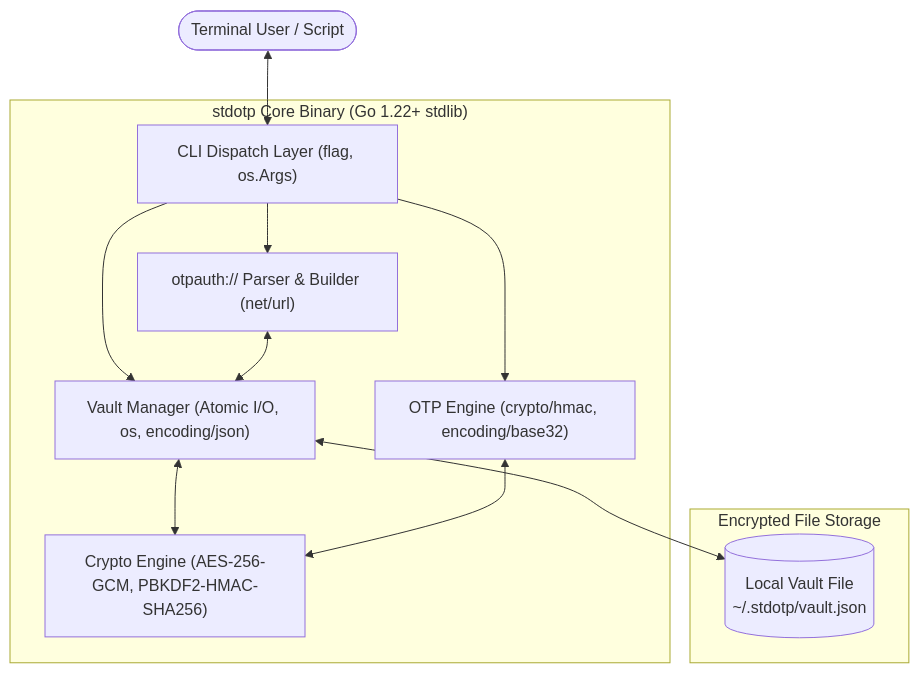
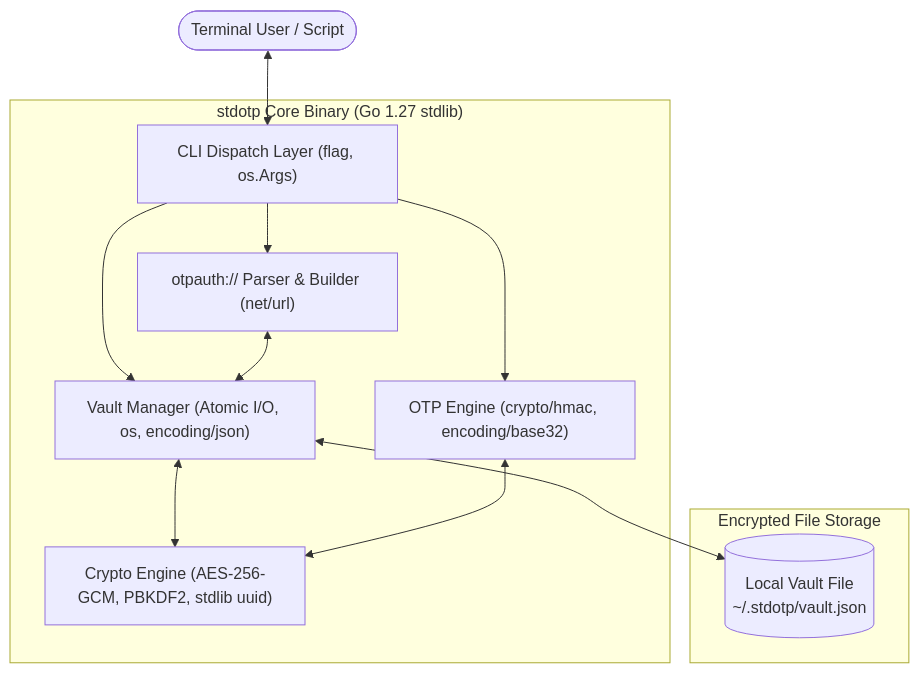
One commit to moin08s/stdotp changed the first of 4 diagrams in README.md. Above: the diagram before and after it, drawn with Mermaid. The commit also changed other lines of this file and 3 other files, not shown here.

Commit message:
feat: target Go 1.27, adopt stdlib uuid, explain PBKDF2 performance trade-offs, and verify benchmarks

````diff
--- a/README.md
+++ b/README.md
@@ -127,18 +128,18 @@
 ```mermaid
 graph TD
     User([Terminal User / Script]) <--> CLI["CLI Dispatch Layer (flag, os.Args)"]
 
-    subgraph Core["stdotp Core Binary (Go 1.22+ stdlib)"]
+    subgraph Core["stdotp Core Binary (Go 1.27 stdlib)"]
         CLI --> Parser["otpauth:// Parser & Builder (net/url)"]
         CLI --> VaultMgr["Vault Manager (Atomic I/O, os, encoding/json)"]
         CLI --> OTPGen["OTP Engine (crypto/hmac, encoding/base32)"]
 
         Parser <--> VaultMgr
-        VaultMgr <--> Crypto["Crypto Engine (AES-256-GCM, PBKDF2-HMAC-SHA256)"]
+        VaultMgr <--> Crypto["Crypto Engine (AES-256-GCM, PBKDF2, stdlib uuid)"]
         OTPGen <--> Crypto
     end
 
     subgraph Storage["Encrypted File Storage"]
         VaultMgr <--> VaultFile[("Local Vault File<br/>~/.stdotp/vault.json")]
     end
 ```
````
